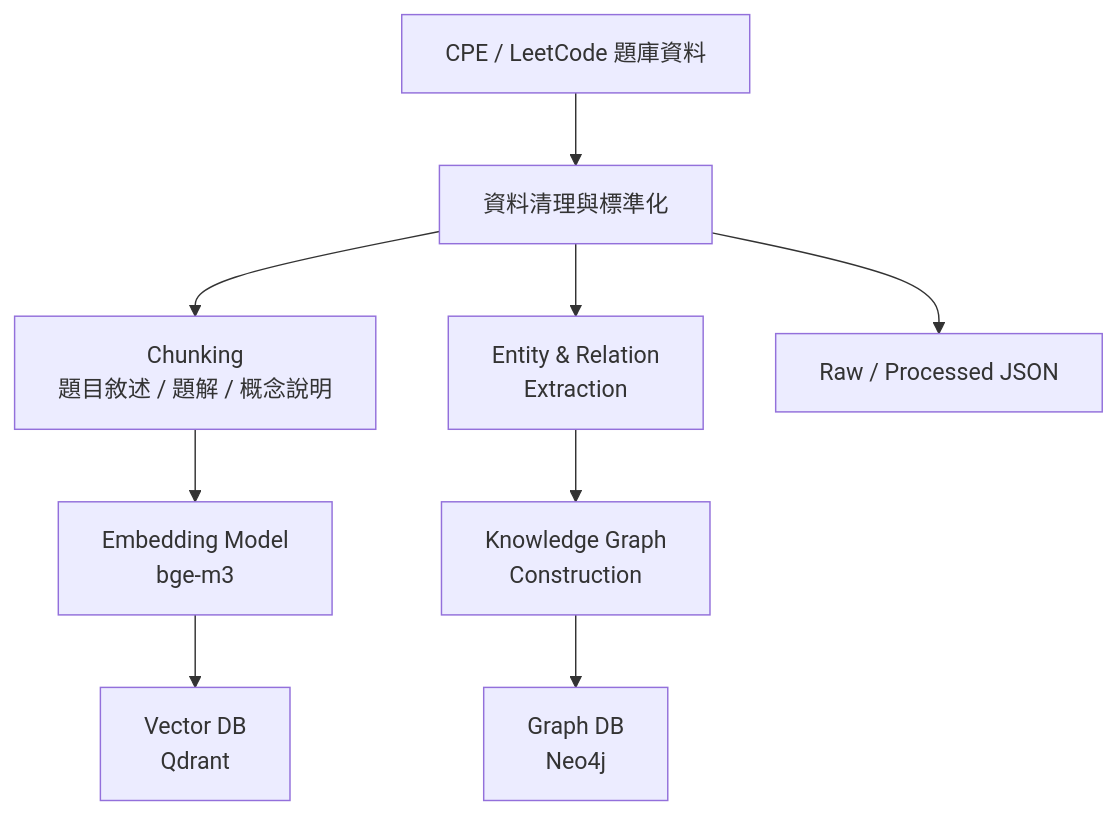
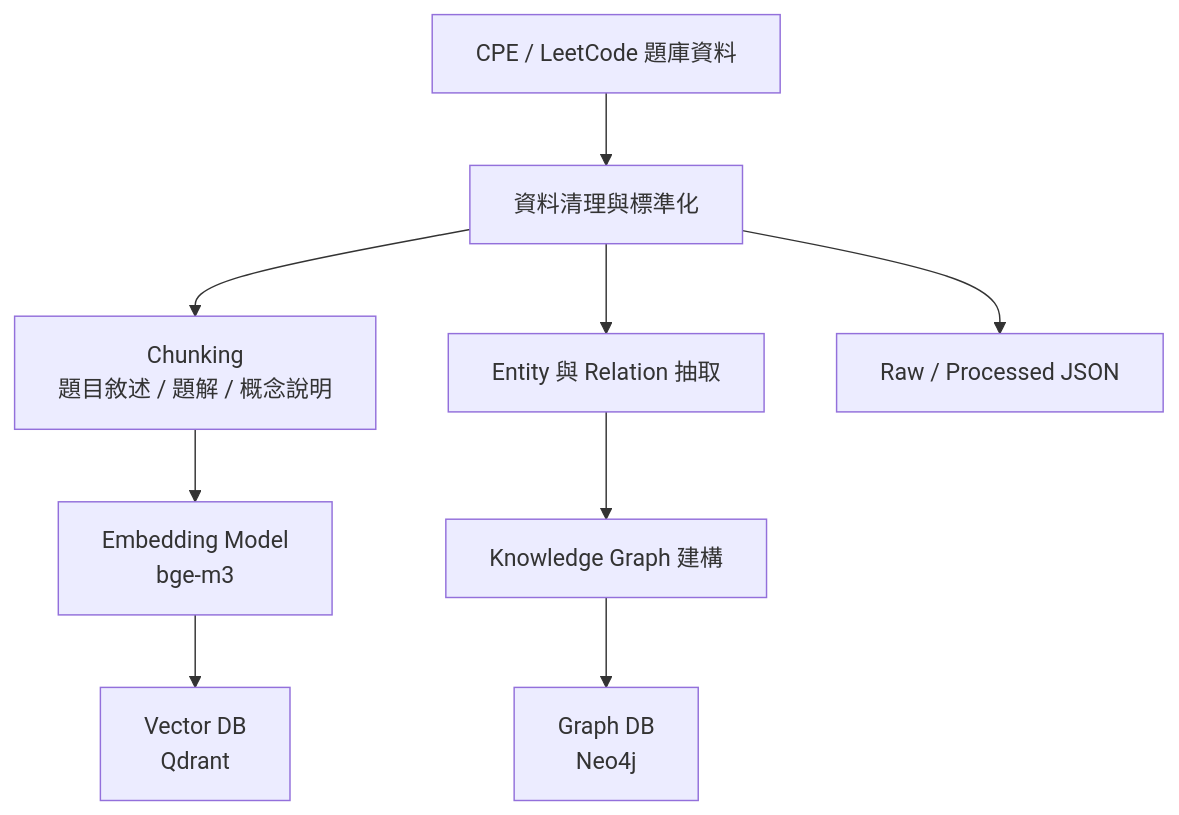
Before and after one commit to ray910408/knowledgegraph_rag: the first of 2 diagrams in README.md, drawn with Mermaid. The commit also changed other lines of this file and 18 other files, not shown here.

````diff
--- a/README.md
+++ b/README.md
@@ -20,11 +18,11 @@
 ```mermaid
 flowchart TD
   A["CPE / LeetCode 題庫資料"] --> B["資料清理與標準化"]
   B --> C["Chunking<br/>題目敘述 / 題解 / 概念說明"]
-  B --> D["Entity & Relation<br/>Extraction"]
+  B --> D["Entity 與 Relation 抽取"]
   B --> E["Raw / Processed JSON"]
   C --> F["Embedding Model<br/>bge-m3"]
   F --> G["Vector DB<br/>Qdrant"]
-  D --> H["Knowledge Graph<br/>Construction"]
+  D --> H["Knowledge Graph 建構"]
   H --> I["Graph DB<br/>Neo4j"]
 ```
````
